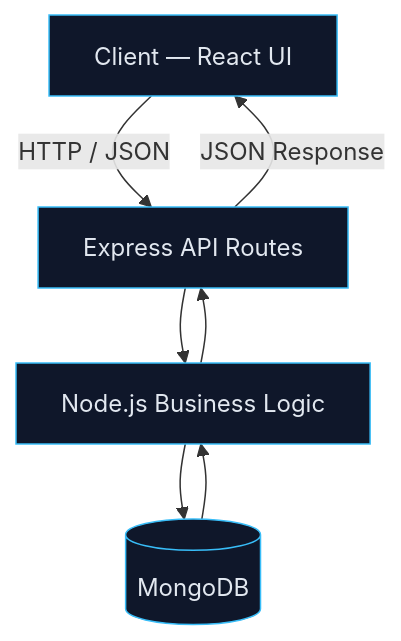
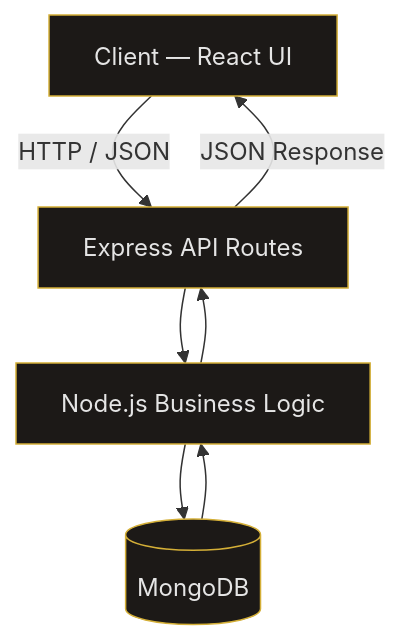
Before and after one commit to Faizan-khan144/Faizan-khan144: the first of 5 diagrams in README.md, drawn with Mermaid. The commit also changed other lines of this file, not shown here.

````diff
--- a/README.md
+++ b/README.md
@@ -65,14 +108,14 @@
 ```mermaid
 flowchart TD
     A[Client — React UI] -->|HTTP / JSON| B[Express API Routes]
     B --> C[Node.js Business Logic]
     C --> D[(MongoDB)]
     D --> C
     C --> B
     B -->|JSON Response| A
 
-    style A fill:#0f172a,stroke:#38BDF8,color:#e2e8f0
-    style B fill:#0f172a,stroke:#38BDF8,color:#e2e8f0
-    style C fill:#0f172a,stroke:#38BDF8,color:#e2e8f0
-    style D fill:#0f172a,stroke:#38BDF8,color:#e2e8f0
+    style A fill:#1c1917,stroke:#d4af37,color:#e5e5e5
+    style B fill:#1c1917,stroke:#d4af37,color:#e5e5e5
+    style C fill:#1c1917,stroke:#d4af37,color:#e5e5e5
+    style D fill:#1c1917,stroke:#d4af37,color:#e5e5e5
 ```
````
